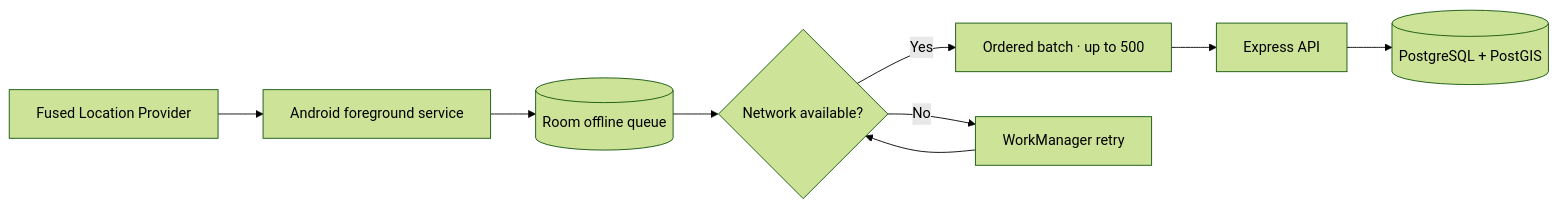
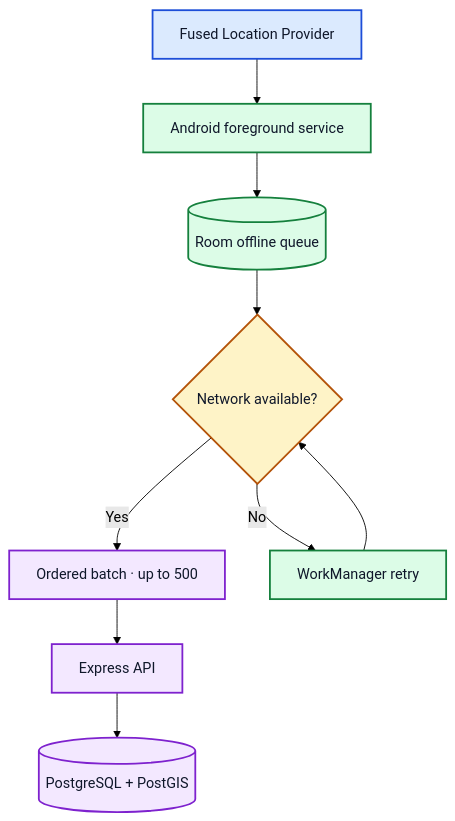
Before and after one commit to Pratham-Shrivastava379/Fleet-Flow: the second of 3 diagrams in README.md, drawn with Mermaid (forest theme). The commit also changed other lines of this file, not shown here.

Commit message:
Refine vertical architecture diagrams

````diff
--- a/README.md
+++ b/README.md
@@ -62,11 +73,20 @@
 ```mermaid
-flowchart LR
+flowchart TB
     GPS[Fused Location Provider] --> Service[Android foreground service]
     Service --> Room[(Room offline queue)]
     Room --> Sync{Network available?}
     Sync -->|Yes| Batch[Ordered batch · up to 500]
     Sync -->|No| Retry[WorkManager retry]
     Retry --> Sync
     Batch --> API[Express API]
     API --> Database[(PostgreSQL + PostGIS)]
+
+    classDef source fill:#DBEAFE,stroke:#1D4ED8,stroke-width:2px,color:#0F172A
+    classDef mobile fill:#DCFCE7,stroke:#15803D,stroke-width:2px,color:#0F172A
+    classDef decision fill:#FEF3C7,stroke:#B45309,stroke-width:2px,color:#0F172A
+    classDef backend fill:#F3E8FF,stroke:#7E22CE,stroke-width:2px,color:#0F172A
+    class GPS source
+    class Service,Room,Retry mobile
+    class Sync decision
+    class Batch,API,Database backend
 ```
````
